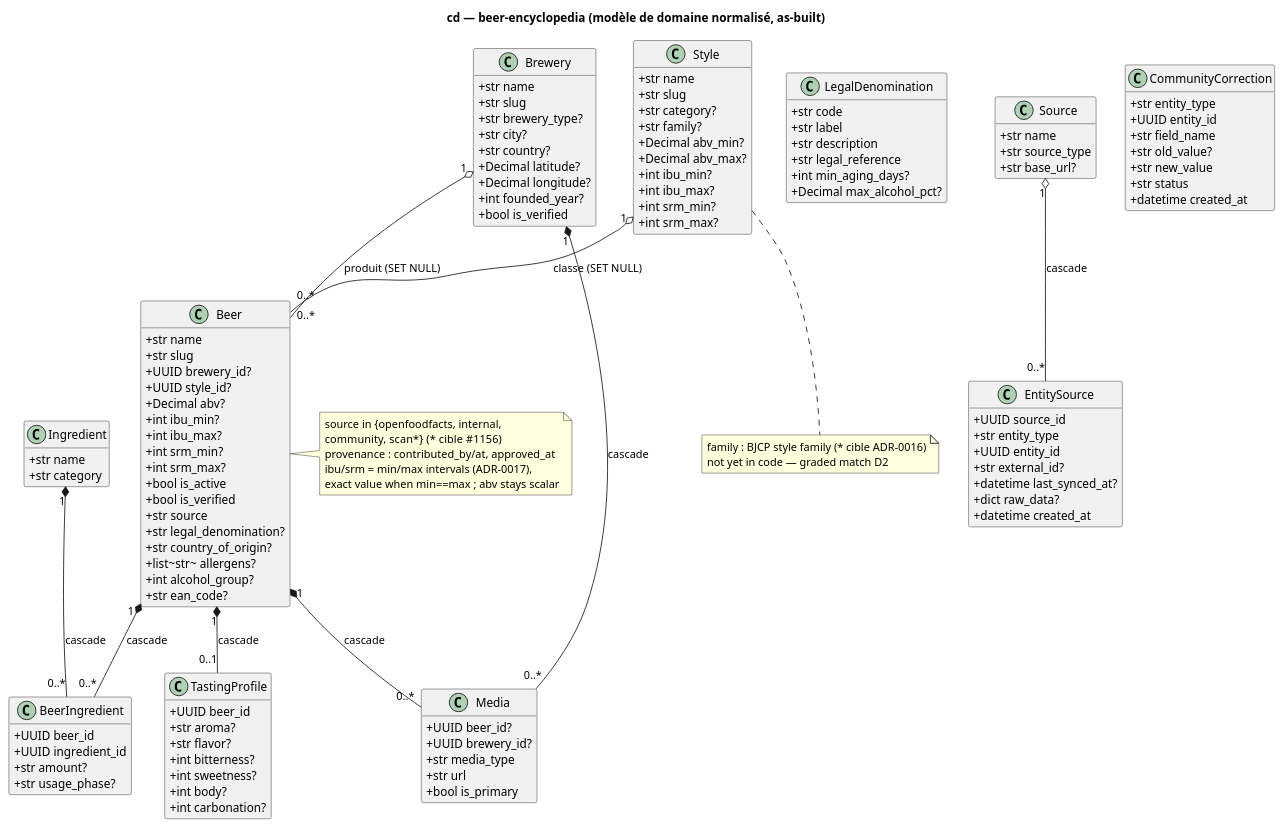
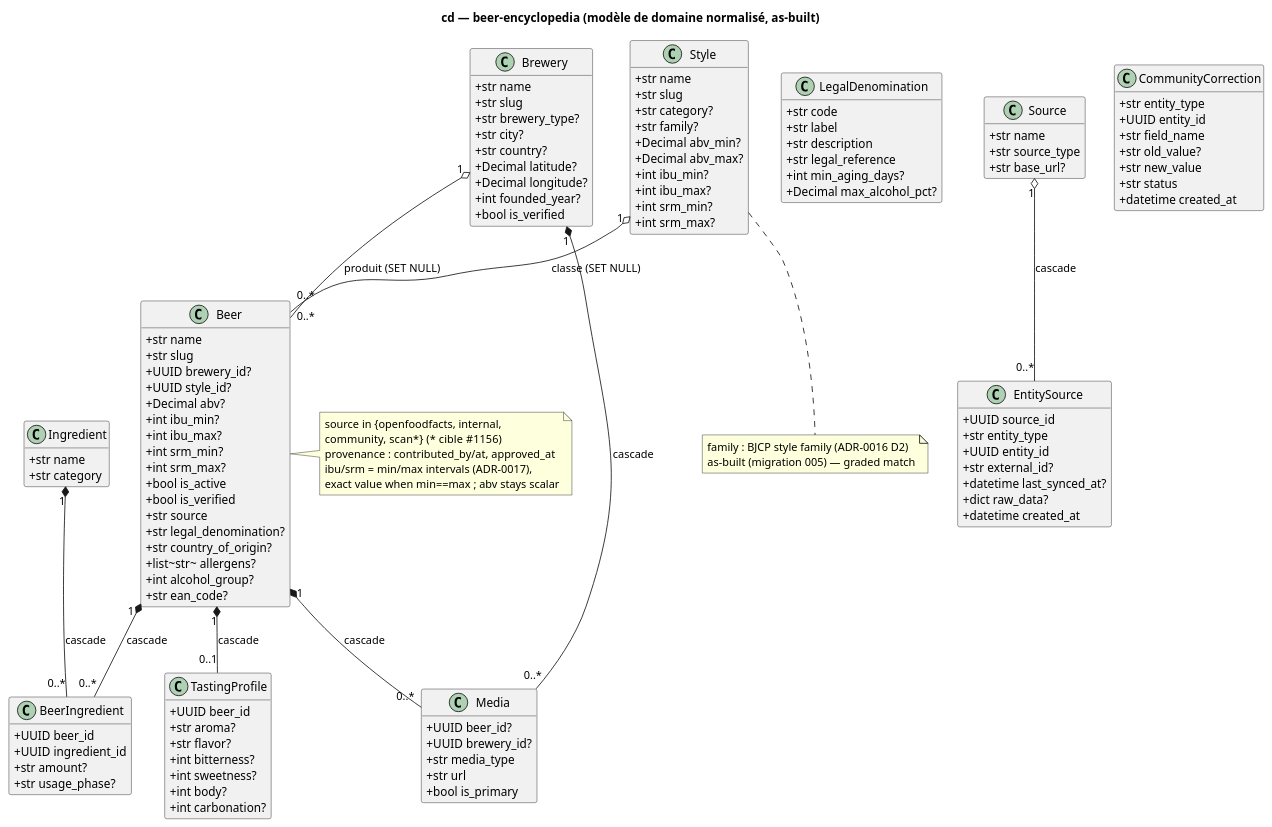
The second of 2 diagrams in docs/architecture/diagrams/beer-encyclopedia/04-class.md (benoit-bremaud/brasse-bouillon), drawn with PlantUML before and after one commit. The commit also changed other lines of this file and 11 other files, not shown here.

First line of the commit message:
feat(encyclopedia): Beer IBU/SRM as min-max intervals + Style.family (BJCP) (#1204)

```diff
--- a/docs/architecture/diagrams/beer-encyclopedia/04-class.md
+++ b/docs/architecture/diagrams/beer-encyclopedia/04-class.md
@@ -192,8 +192,8 @@
   +int srm_max?
 }
 note bottom of Style
-  family : BJCP style family (* cible ADR-0016)
-  not yet in code — graded match D2
+  family : BJCP style family (ADR-0016 D2)
+  as-built (migration 005) — graded match
 end note
 class Ingredient {
   +str name
```
